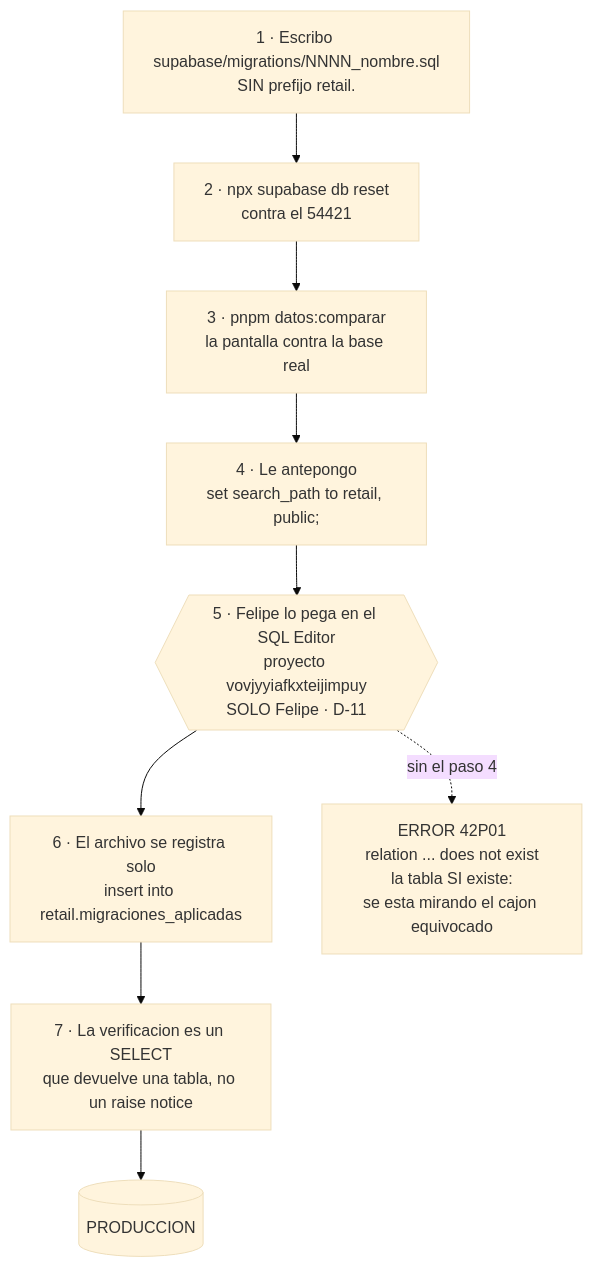
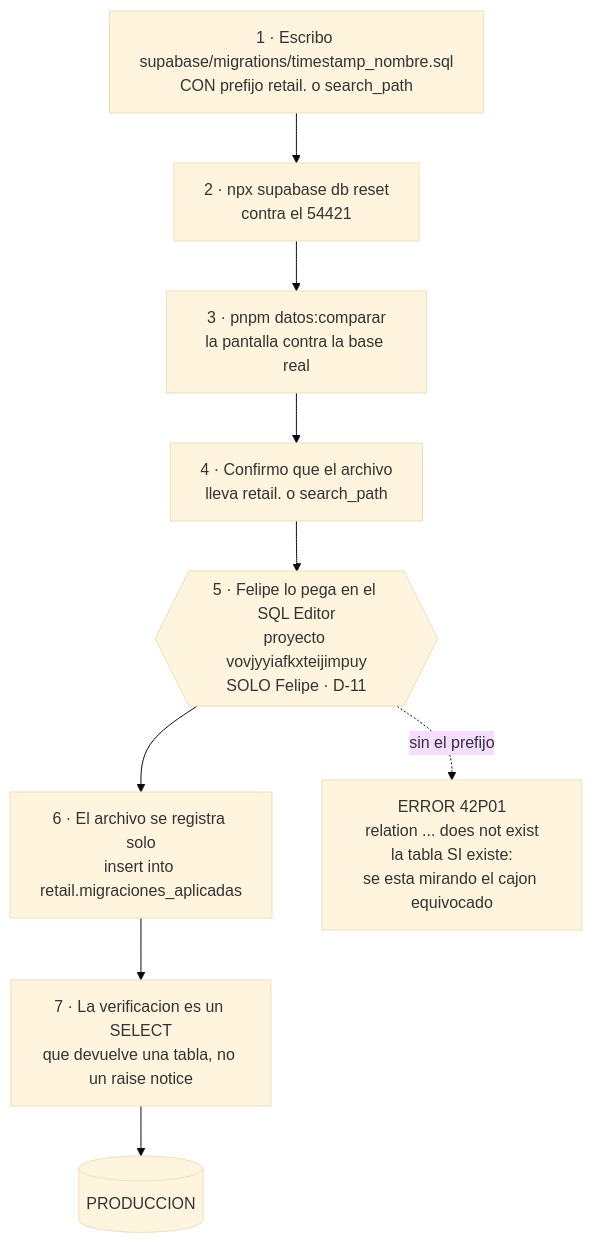
Before and after one commit to felipea92p-ux/cayla-retail: the diagram in docs/datos/08-OPERACION.md, drawn with Mermaid (base theme). The commit also changed other lines of this file and 5 other files, not shown here.

First line of the commit message:
docs(datos): la regla de migraciones «sin prefijo» deja de vivir en las guías

````diff
--- a/docs/datos/08-OPERACION.md
+++ b/docs/datos/08-OPERACION.md
@@ -171,11 +171,11 @@
 ```mermaid
 flowchart TD
-    A["1 · Escribo supabase/migrations/NNNN_nombre.sql<br/>SIN prefijo retail."] --> B["2 · npx supabase db reset<br/>contra el 54421"]
+    A["1 · Escribo supabase/migrations/timestamp_nombre.sql<br/>CON prefijo retail. o search_path"] --> B["2 · npx supabase db reset<br/>contra el 54421"]
     B --> C["3 · pnpm datos:comparar<br/>la pantalla contra la base real"]
-    C --> D["4 · Le antepongo<br/>set search_path to retail, public;"]
+    C --> D["4 · Confirmo que el archivo<br/>lleva retail. o search_path"]
     D --> E{{"5 · Felipe lo pega en el SQL Editor<br/>proyecto vovjyyiafkxteijimpuy<br/>SOLO Felipe · D-11"}}
     E --> F["6 · El archivo se registra solo<br/>insert into retail.migraciones_aplicadas"]
     F --> G["7 · La verificacion es un SELECT<br/>que devuelve una tabla, no un raise notice"]
     G --> H[("PRODUCCION")]
-    E -.->|"sin el paso 4"| X["ERROR 42P01<br/>relation ... does not exist<br/>la tabla SI existe:<br/>se esta mirando el cajon equivocado"]
+    E -.->|"sin el prefijo"| X["ERROR 42P01<br/>relation ... does not exist<br/>la tabla SI existe:<br/>se esta mirando el cajon equivocado"]
 ```
````
